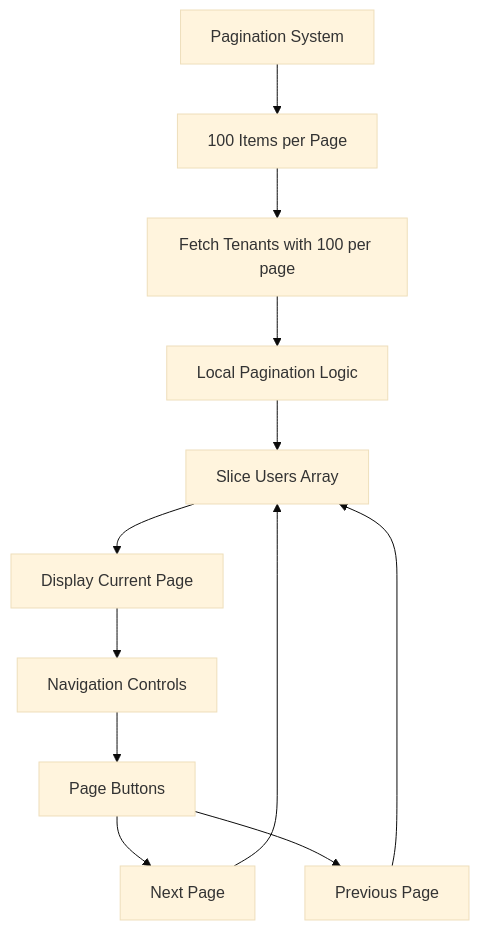
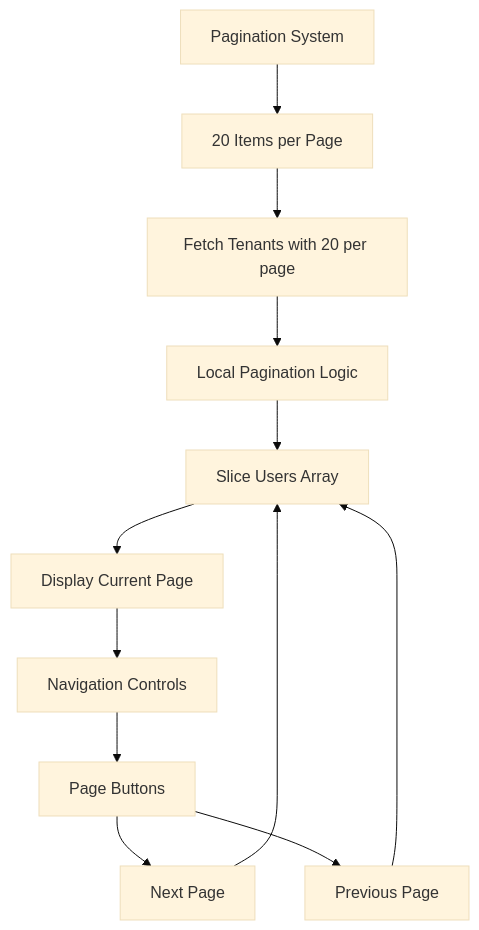
Diagram 12 of 27 in .qoder/repowiki/en/content/Frontend Architecture/User Management.md (Revanththetalogics/aireume), drawn with Mermaid (base theme) before and after one commit. The commit also changed other lines of this file and 7 other files, not shown here.

````diff
--- a/.qoder/repowiki/en/content/Frontend Architecture/User Management.md
+++ b/.qoder/repowiki/en/content/Frontend Architecture/User Management.md
@@ -500,14 +560,14 @@
 ```mermaid
 flowchart TD
-Pagination[Pagination System] --> PerPage[100 Items per Page]
-PerPage --> FetchTenants[Fetch Tenants with 100 per page]
+Pagination[Pagination System] --> PerPage[20 Items per Page]
+PerPage --> FetchTenants[Fetch Tenants with 20 per page]
 FetchTenants --> LocalPagination[Local Pagination Logic]
 LocalPagination --> SliceUsers[Slice Users Array]
 SliceUsers --> DisplayUsers[Display Current Page]
 DisplayUsers --> Navigation[Navigation Controls]
 Navigation --> PageButtons[Page Buttons]
 PageButtons --> NextPage[Next Page]
 PageButtons --> PreviousPage[Previous Page]
 NextPage --> SliceUsers
 PreviousPage --> SliceUsers
 ```
````
